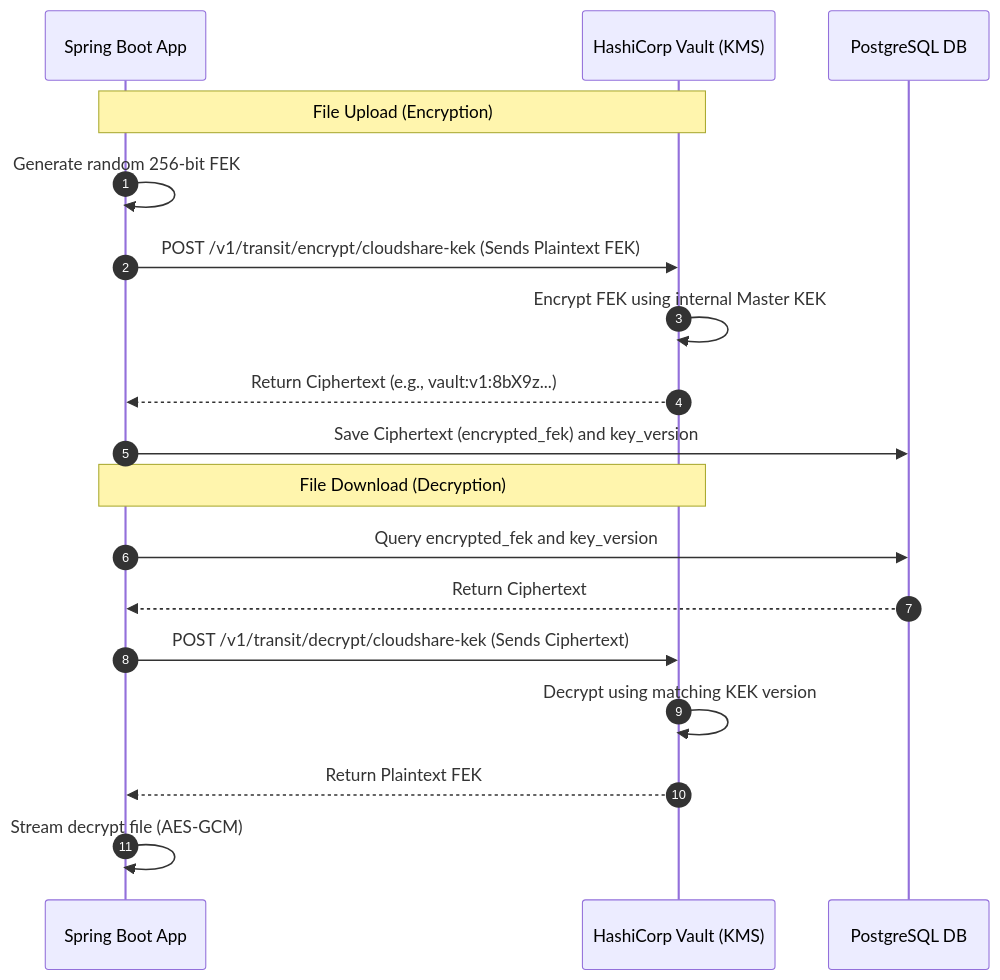
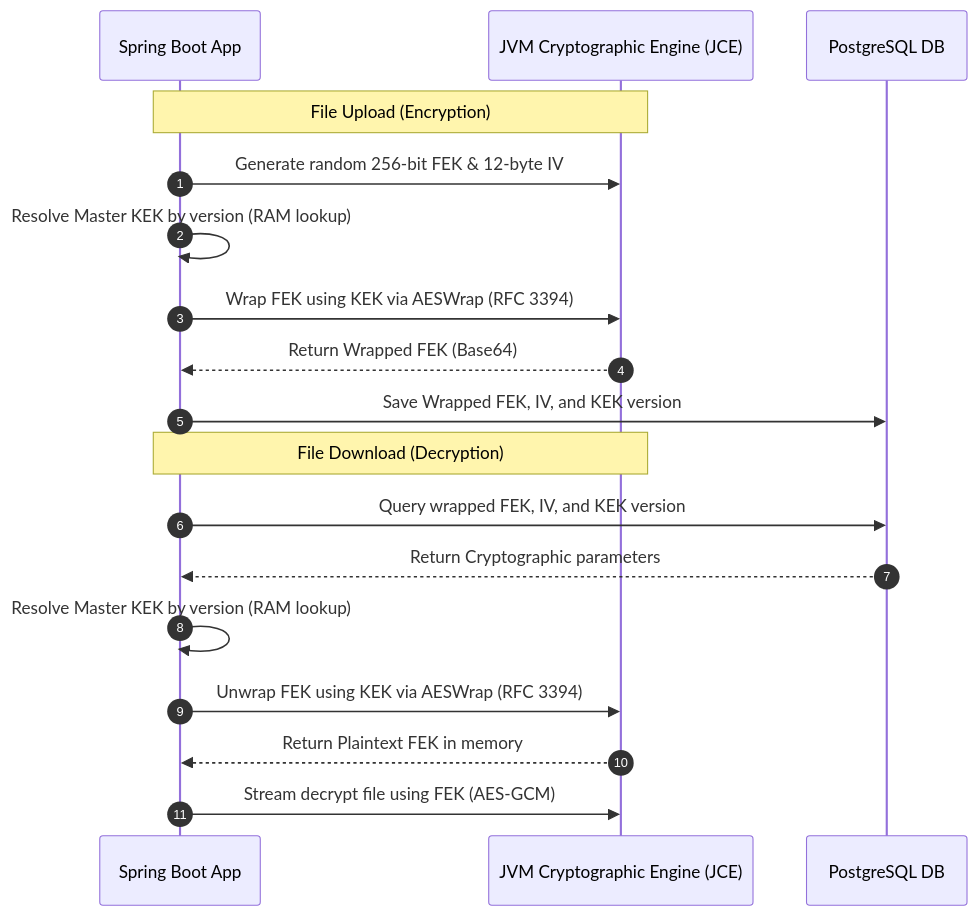
One commit to Dhruv0306/cloudshare-app changed the first of 2 diagrams in docs/system-design/secrets-key-management.md. Above: the diagram before and after it, drawn with Mermaid. The commit also changed other lines of this file and 7 other files, not shown here.

````diff
--- a/docs/system-design/secrets-key-management.md
+++ b/docs/system-design/secrets-key-management.md
@@ -38,22 +38,22 @@
 ```mermaid
 sequenceDiagram
     autonumber
     participant App as Spring Boot App
-    participant Vault as HashiCorp Vault (KMS)
+    participant JCE as JVM Cryptographic Engine (JCE)
     participant DB as PostgreSQL DB
 
-    Note over App, Vault: File Upload (Encryption)
-    App->>App: Generate random 256-bit FEK
-    App->>Vault: POST /v1/transit/encrypt/cloudshare-kek (Sends Plaintext FEK)
-    Vault->>Vault: Encrypt FEK using internal Master KEK
-    Vault-->>App: Return Ciphertext (e.g., vault:v1:8bX9z...)
-    App->>DB: Save Ciphertext (encrypted_fek) and key_version
+    Note over App, JCE: File Upload (Encryption)
+    App->>JCE: Generate random 256-bit FEK & 12-byte IV
+    App->>App: Resolve Master KEK by version (RAM lookup)
+    App->>JCE: Wrap FEK using KEK via AESWrap (RFC 3394)
+    JCE-->>App: Return Wrapped FEK (Base64)
+    App->>DB: Save Wrapped FEK, IV, and KEK version
 
-    Note over App, Vault: File Download (Decryption)
-    App->>DB: Query encrypted_fek and key_version
-    DB-->>App: Return Ciphertext
-    App->>Vault: POST /v1/transit/decrypt/cloudshare-kek (Sends Ciphertext)
-    Vault->>Vault: Decrypt using matching KEK version
-    Vault-->>App: Return Plaintext FEK
-    App->>App: Stream decrypt file (AES-GCM)
+    Note over App, JCE: File Download (Decryption)
+    App->>DB: Query wrapped FEK, IV, and KEK version
+    DB-->>App: Return Cryptographic parameters
+    App->>App: Resolve Master KEK by version (RAM lookup)
+    App->>JCE: Unwrap FEK using KEK via AESWrap (RFC 3394)
+    JCE-->>App: Return Plaintext FEK in memory
+    App->>JCE: Stream decrypt file using FEK (AES-GCM)
 ```
````
